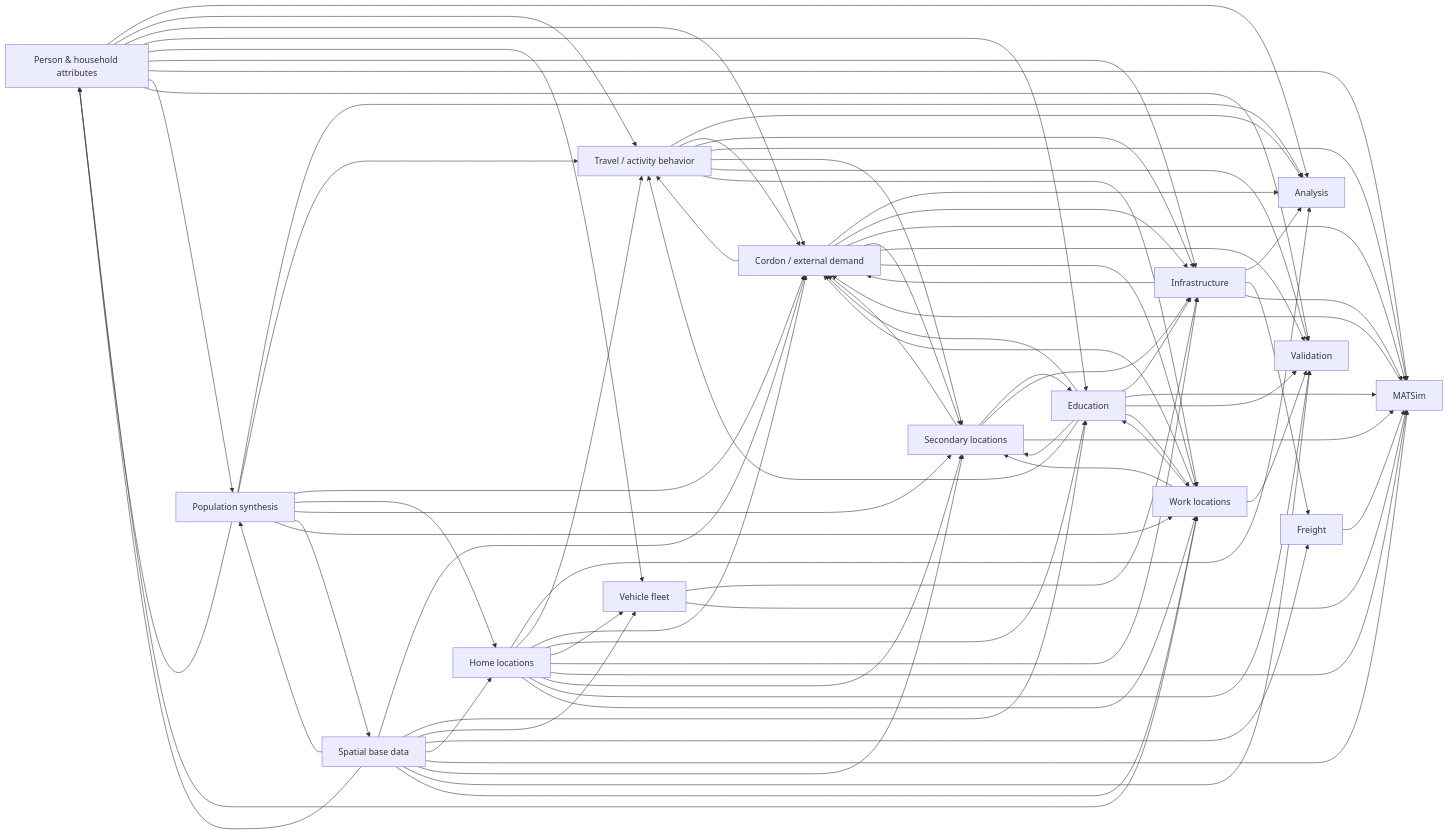
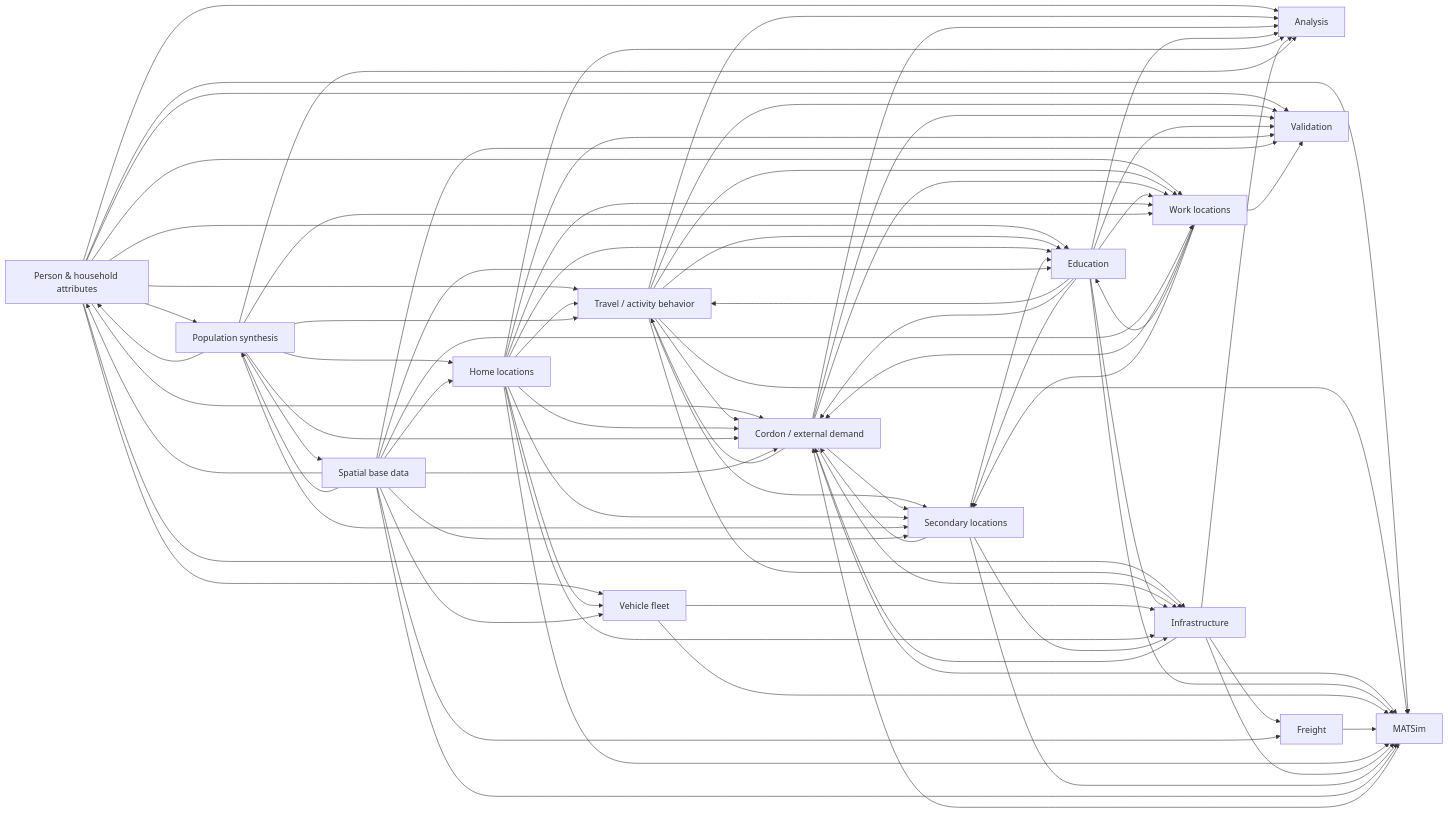
One commit to TUBS-IVS/eqasim-bs changed the diagram in docs/generated/PIPELINE.md. Above: the diagram before and after it, drawn with Mermaid. The commit also changed other lines of this file and 7 other files, not shown here.

```diff
--- a/docs/generated/PIPELINE.md
+++ b/docs/generated/PIPELINE.md
@@ -42,6 +42,7 @@
     attributes --> work
     behavior --> analysis
     behavior --> cordon
+    behavior --> education
     behavior --> infrastructure
     behavior --> matsim
     behavior --> secondary
@@ -54,6 +55,7 @@
     cordon --> secondary
     cordon --> validation
     cordon --> work
+    education --> analysis
     education --> behavior
     education --> cordon
     education --> infrastructure
```
